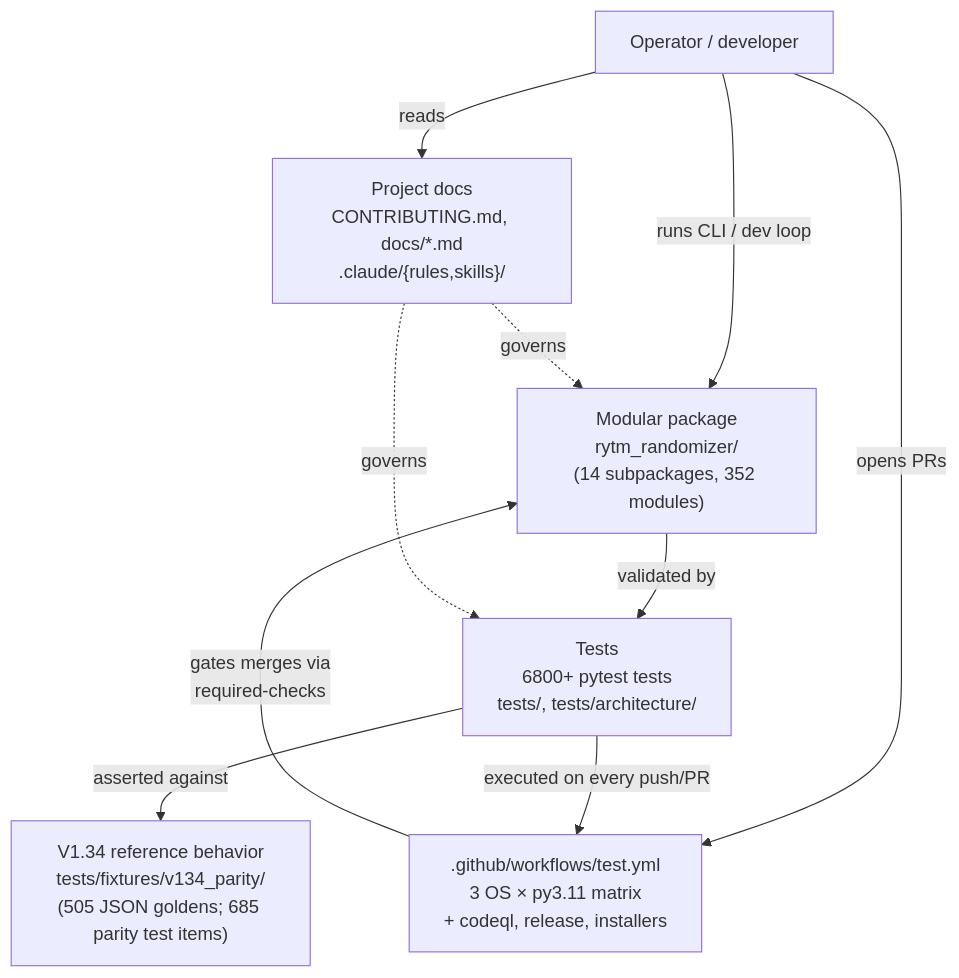
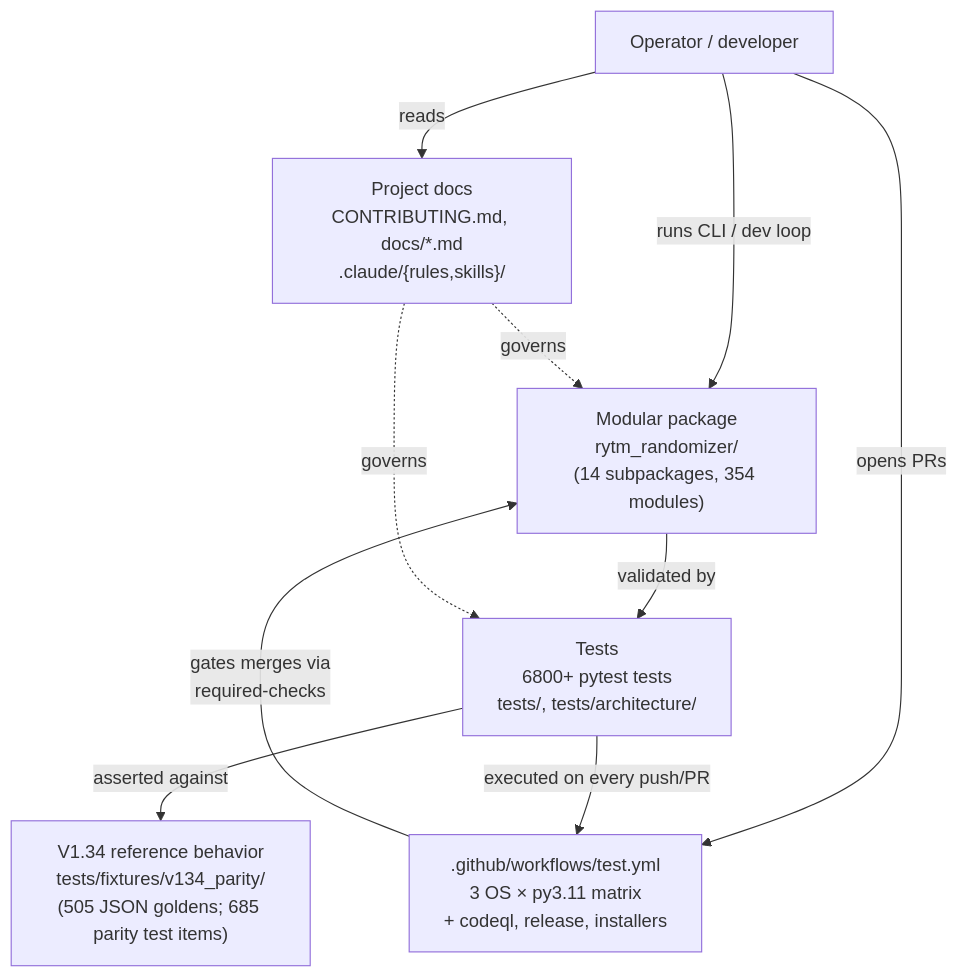
The first of 34 diagrams in docs/ARCHITECTURE_DIAGRAMS.md (buzzijose-hub/RytmRandomizer), drawn with Mermaid before and after one commit. The commit also changed other lines of this file and 32 other files, not shown here.

````diff
--- a/docs/ARCHITECTURE_DIAGRAMS.md
+++ b/docs/ARCHITECTURE_DIAGRAMS.md
@@ -50,22 +50,22 @@
 ```mermaid
 flowchart TB
     User["Operator / developer"]
     V134["V1.34 reference behavior<br/>tests/fixtures/v134_parity/<br/>(505 JSON goldens; 685 parity test items)"]
-    Package["Modular package<br/>rytm_randomizer/<br/>(14 subpackages, 352 modules)"]
+    Package["Modular package<br/>rytm_randomizer/<br/>(14 subpackages, 354 modules)"]
     Tests["Tests<br/>6800+ pytest tests<br/>tests/, tests/architecture/"]
     CI[".github/workflows/test.yml<br/>3 OS × py3.11 matrix<br/>+ codeql, release, installers"]
     Docs["Project docs<br/>CONTRIBUTING.md, docs/*.md<br/>.claude/{rules,skills}/"]
 
     User -->|"runs CLI / dev loop"| Package
     User -->|"opens PRs"| CI
     User -->|"reads"| Docs
 
     Package -->|"validated by"| Tests
     Tests -->|"asserted against"| V134
     Tests -->|"executed on every push/PR"| CI
 
     CI -->|"gates merges via<br/>required-checks"| Package
 
     Docs -.->|"governs"| Package
     Docs -.->|"governs"| Tests
 ```
````
